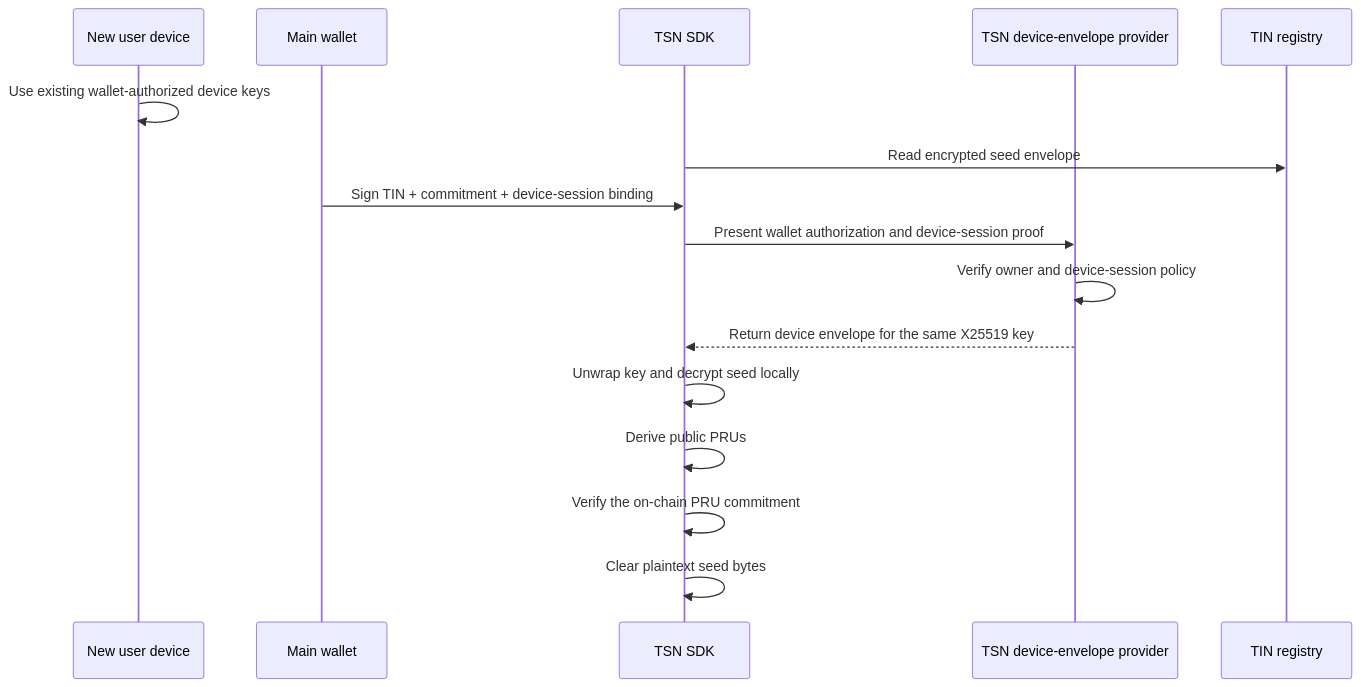
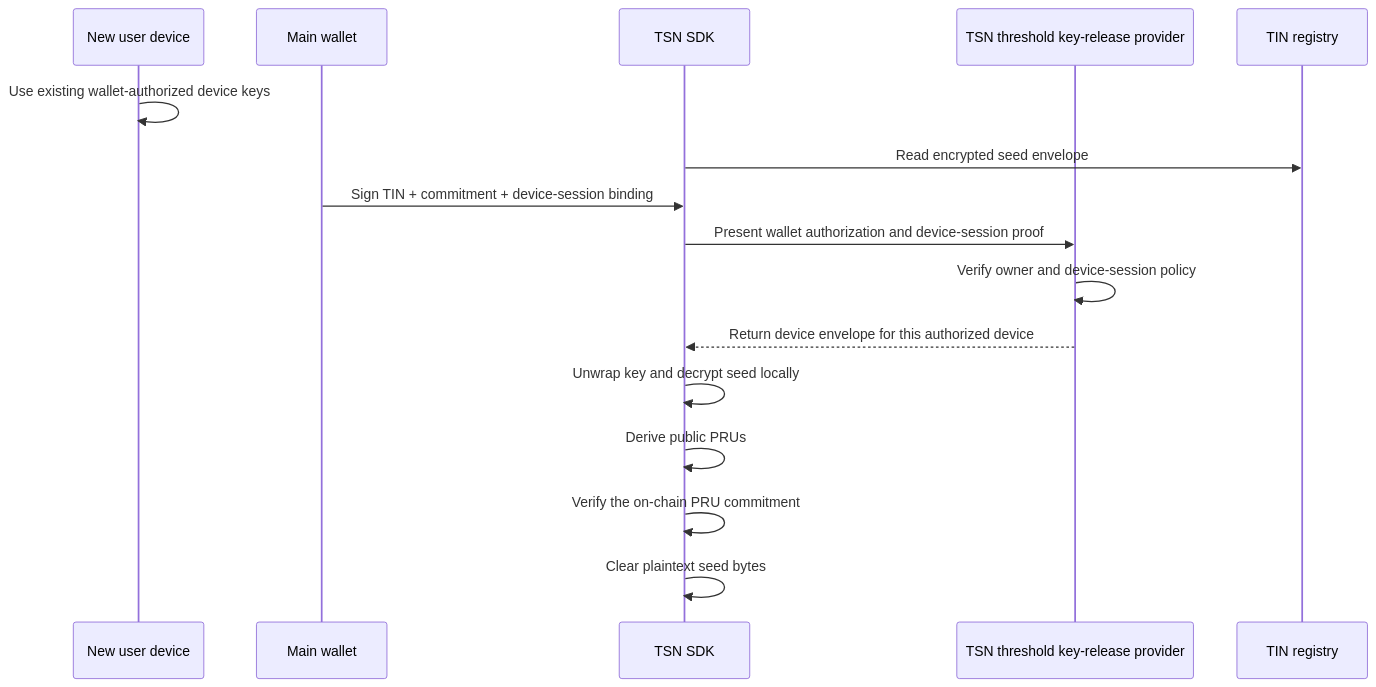
Before and after one commit to bigdreamsweb3/trustlink-pay: the second of 2 diagrams in docs/tin-master-seed-architecture.md, drawn with Mermaid. The commit also changed other lines of this file and 16 other files, not shown here.

````diff
--- a/docs/tin-master-seed-architecture.md
+++ b/docs/tin-master-seed-architecture.md
@@ -105,19 +109,19 @@
 ```mermaid
 sequenceDiagram
     participant D as New user device
     participant W as Main wallet
     participant SDK as TSN SDK
-    participant K as TSN device-envelope provider
+    participant K as TSN threshold key-release provider
     participant T as TIN registry
 
     D->>D: Use existing wallet-authorized device keys
     SDK->>T: Read encrypted seed envelope
     W->>SDK: Sign TIN + commitment + device-session binding
     SDK->>K: Present wallet authorization and device-session proof
     K->>K: Verify owner and device-session policy
-    K-->>SDK: Return device envelope for the same X25519 key
+    K-->>SDK: Return device envelope for this authorized device
     SDK->>SDK: Unwrap key and decrypt seed locally
     SDK->>SDK: Derive public PRUs
     SDK->>SDK: Verify the on-chain PRU commitment
     SDK->>SDK: Clear plaintext seed bytes
 ```
````
